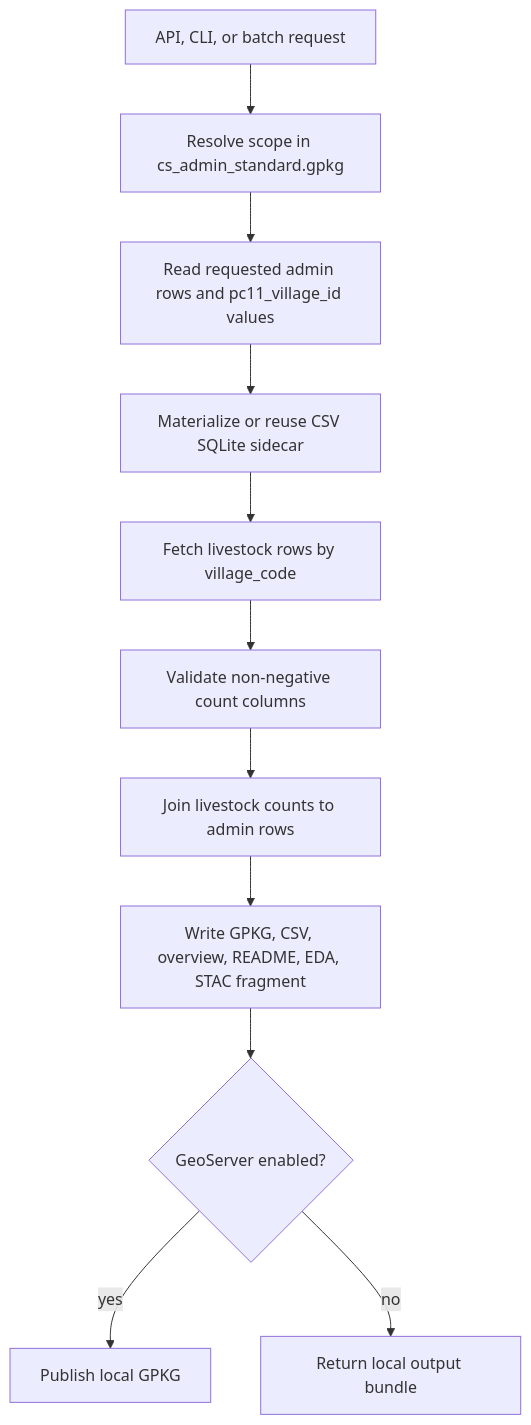
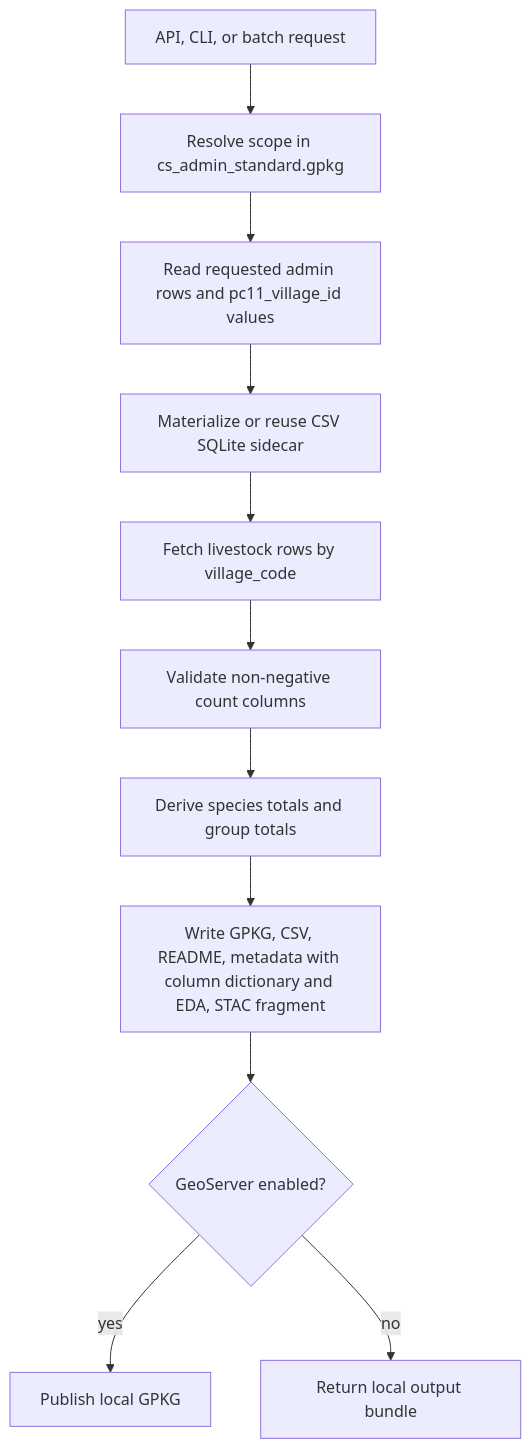
The diagram in computing/misc/livestocks/README.md (core-stack-org/core-stack-backend), drawn with Mermaid before and after one commit. The commit also changed other lines of this file and 17 other files, not shown here.

````diff
--- a/computing/misc/livestocks/README.md
+++ b/computing/misc/livestocks/README.md
@@ -76,13 +145,13 @@
 ```mermaid
 flowchart TD
     A[API, CLI, or batch request] --> B[Resolve scope in cs_admin_standard.gpkg]
     B --> C[Read requested admin rows and pc11_village_id values]
     C --> D[Materialize or reuse CSV SQLite sidecar]
     D --> E[Fetch livestock rows by village_code]
     E --> F[Validate non-negative count columns]
-    F --> G[Join livestock counts to admin rows]
-    G --> H[Write GPKG, CSV, overview, README, EDA, STAC fragment]
+    F --> G[Derive species totals and group totals]
+    G --> H[Write GPKG, CSV, README, metadata with column dictionary and EDA, STAC fragment]
     H --> I{GeoServer enabled?}
     I -- yes --> J[Publish local GPKG]
     I -- no --> K[Return local output bundle]
 ```
````
